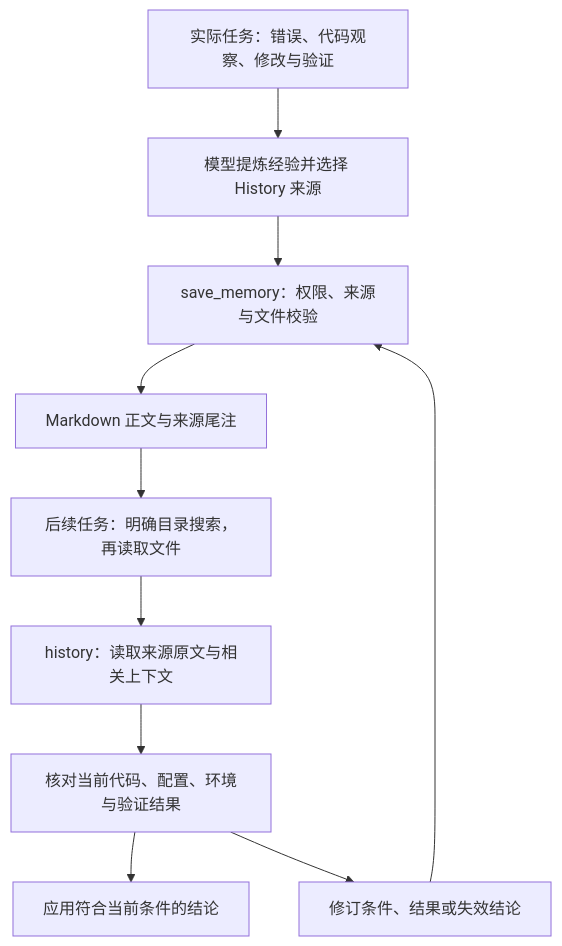
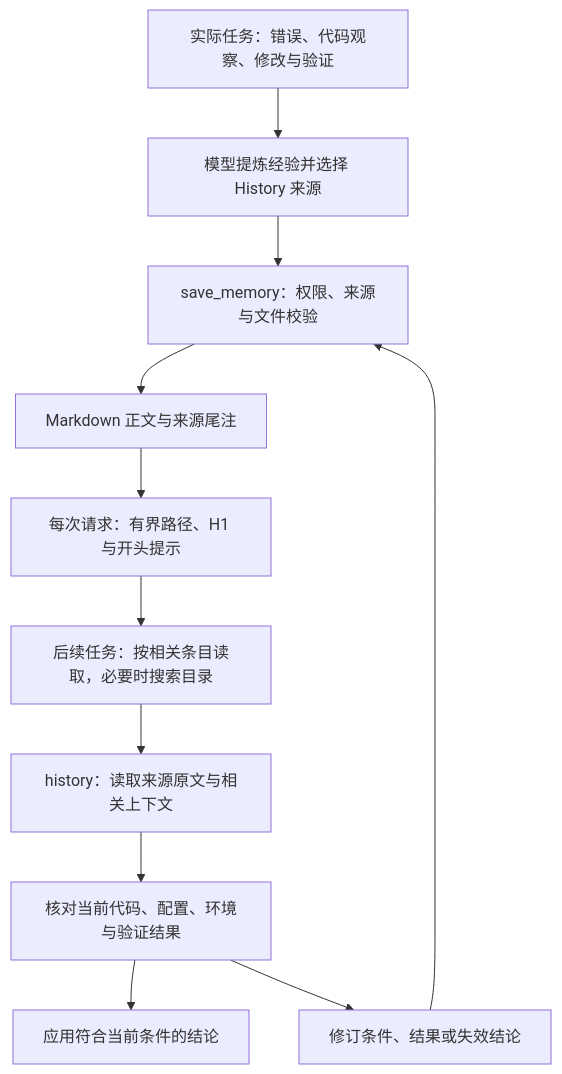
Before and after one commit to reddishJade/cade: the diagram in docs/guide/memory.md, drawn with Mermaid. The commit also changed other lines of this file and 5 other files, not shown here.

````diff
--- a/docs/guide/memory.md
+++ b/docs/guide/memory.md
@@ -35,12 +39,13 @@
 ```mermaid
 flowchart TD
     Evidence["实际任务：错误、代码观察、修改与验证"] --> Draft["模型提炼经验并选择 History 来源"]
     Draft --> Save["save_memory：权限、来源与文件校验"]
     Save --> File["Markdown 正文与来源尾注"]
-    File --> Search["后续任务：明确目录搜索，再读取文件"]
+    File --> Catalog["每次请求：有界路径、H1 与开头提示"]
+    Catalog --> Search["后续任务：按相关条目读取，必要时搜索目录"]
     Search --> History["history：读取来源原文与相关上下文"]
     History --> Check["核对当前代码、配置、环境与验证结果"]
     Check --> Use["应用符合当前条件的结论"]
     Check --> Revise["修订条件、结果或失效结论"]
     Revise --> Save
 ```
````
